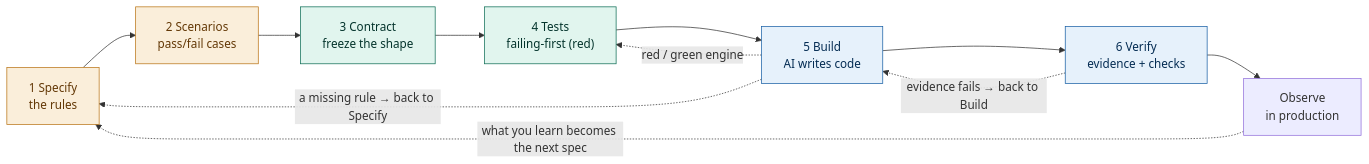
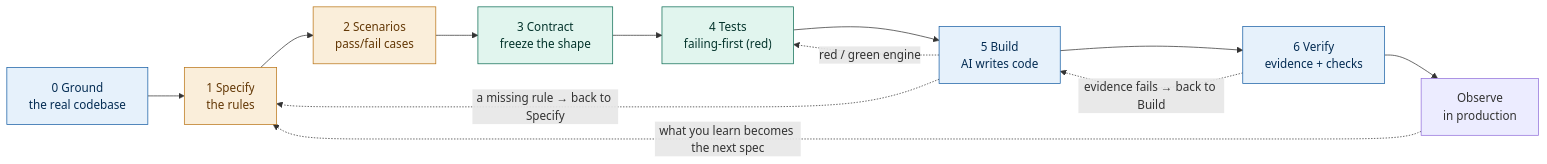
The diagram in .add/docs/02-the-flow.md (pilotspace/hydroa), drawn with Mermaid before and after one commit. The commit also changed other lines of this file and 27 other files, not shown here.

````diff
--- a/.add/docs/02-the-flow.md
+++ b/.add/docs/02-the-flow.md
@@ -13,19 +15,20 @@
 ```mermaid
 flowchart LR
+  S0["0 Ground<br/>the real codebase"] --> S1["1 Specify<br/>the rules"]
   S1["1 Specify<br/>the rules"] --> S2["2 Scenarios<br/>pass/fail cases"]
   S2 --> S3["3 Contract<br/>freeze the shape"]
   S3 --> S4["4 Tests<br/>failing-first (red)"]
   S4 --> S5["5 Build<br/>AI writes code"]
   S5 --> S6["6 Verify<br/>evidence + checks"]
   S6 --> OBS["Observe<br/>in production"]
   S5 -. "red / green engine" .-> S4
   S6 -. "evidence fails → back to Build" .-> S5
   S5 -. "a missing rule → back to Specify" .-> S1
   OBS -. "what you learn becomes the next spec" .-> S1
   classDef human fill:#FAEEDA,stroke:#BA7517,color:#633806;
   classDef decision fill:#E1F5EE,stroke:#0F6E56,color:#04342C;
   classDef machine fill:#E6F1FB,stroke:#185FA5,color:#042C53;
   class S1,S2 human;
   class S3,S4 decision;
-  class S5,S6 machine;
+  class S0,S5,S6 machine;
 ```
````
